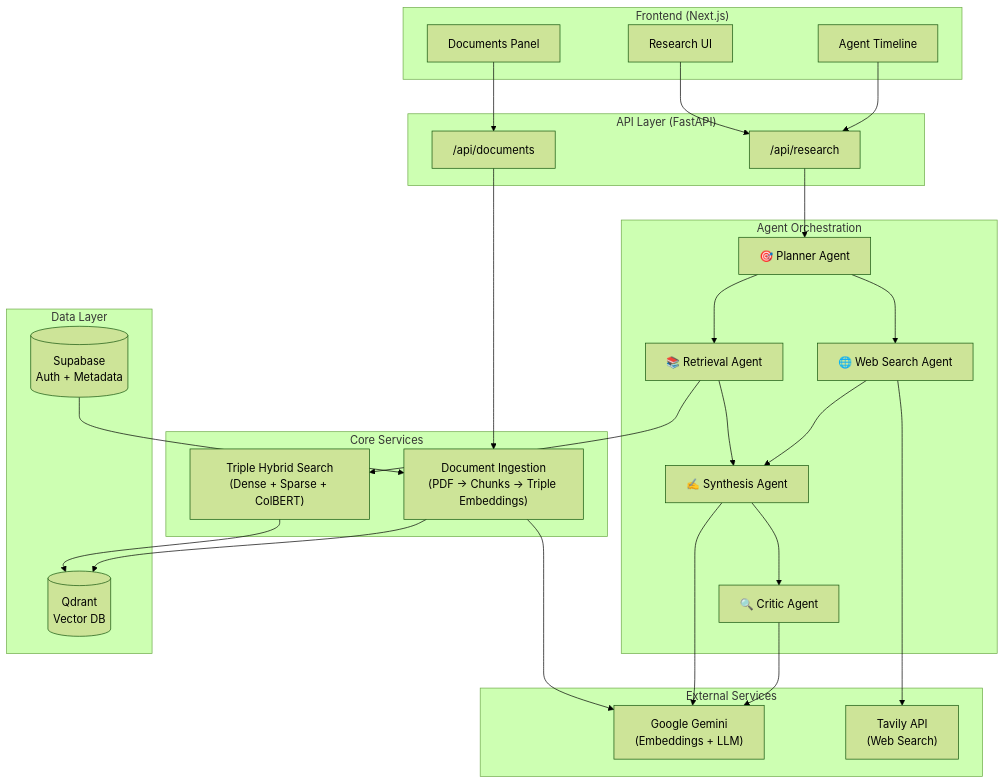
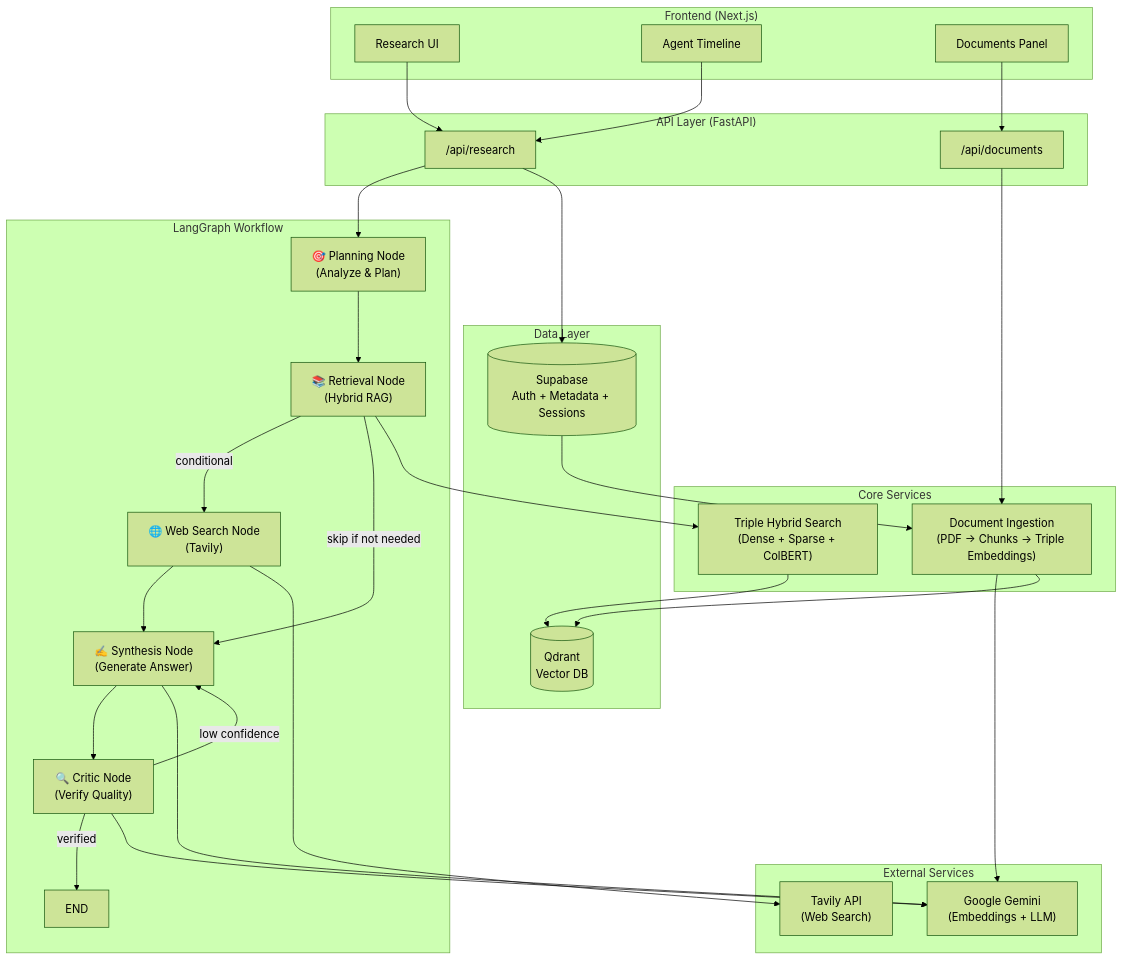
One commit to thornxyz/revera changed the diagram in README.md. Above: the diagram before and after it, drawn with Mermaid (forest theme). The commit also changed other lines of this file and 16 other files, not shown here.

````diff
--- a/README.md
+++ b/README.md
@@ -7,59 +17,63 @@
 ```mermaid
 flowchart TB
     subgraph Frontend["Frontend (Next.js)"]
         UI[Research UI]
         Timeline[Agent Timeline]
         DocPanel[Documents Panel]
     end
 
     subgraph API["API Layer (FastAPI)"]
         Research["/api/research"]
         Documents["/api/documents"]
     end
 
-    subgraph Orchestrator["Agent Orchestration"]
-        Planner["🎯 Planner Agent"]
-        Retrieval["📚 Retrieval Agent"]
-        WebSearch["🌐 Web Search Agent"]
-        Synthesis["✍️ Synthesis Agent"]
-        Critic["🔍 Critic Agent"]
+    subgraph LangGraph["LangGraph Workflow"]
+        Planner["🎯 Planning Node<br/>(Analyze & Plan)"]
+        Retrieval["📚 Retrieval Node<br/>(Hybrid RAG)"]
+        WebSearch["🌐 Web Search Node<br/>(Tavily)"]
+        Synthesis["✍️ Synthesis Node<br/>(Generate Answer)"]
+        Critic["🔍 Critic Node<br/>(Verify Quality)"]
+        
+        Planner --> Retrieval
+        Retrieval -->|conditional| WebSearch
+        Retrieval -->|skip if not needed| Synthesis
+        WebSearch --> Synthesis
+        Synthesis --> Critic
+        Critic -->|low confidence| Synthesis
+        Critic -->|verified| End[END]
     end
 
     subgraph Services["Core Services"]
         Ingestion["Document Ingestion<br/>(PDF → Chunks → Triple Embeddings)"]
         HybridSearch["Triple Hybrid Search<br/>(Dense + Sparse + ColBERT)"]
     end
 
     subgraph External["External Services"]
         Gemini["Google Gemini<br/>(Embeddings + LLM)"]
         Tavily["Tavily API<br/>(Web Search)"]
     end
 
     subgraph Data["Data Layer"]
-        Supabase[(Supabase<br/>Auth + Metadata)]
+        Supabase[(Supabase<br/>Auth + Metadata + Sessions)]
         Qdrant[(Qdrant<br/>Vector DB)]
     end
 
     UI --> Research
     DocPanel --> Documents
     Timeline --> Research
     
     Research --> Planner
     Documents --> Ingestion
     
-    Planner --> Retrieval
-    Planner --> WebSearch
     Retrieval --> HybridSearch
     WebSearch --> Tavily
-    Retrieval --> Synthesis
-    WebSearch --> Synthesis
-    Synthesis --> Critic
     
     HybridSearch --> Qdrant
     Ingestion --> Gemini
     Ingestion --> Qdrant
     Synthesis --> Gemini
     Critic --> Gemini
     
     Supabase --> Ingestion
+    Research --> Supabase
 ```
````
